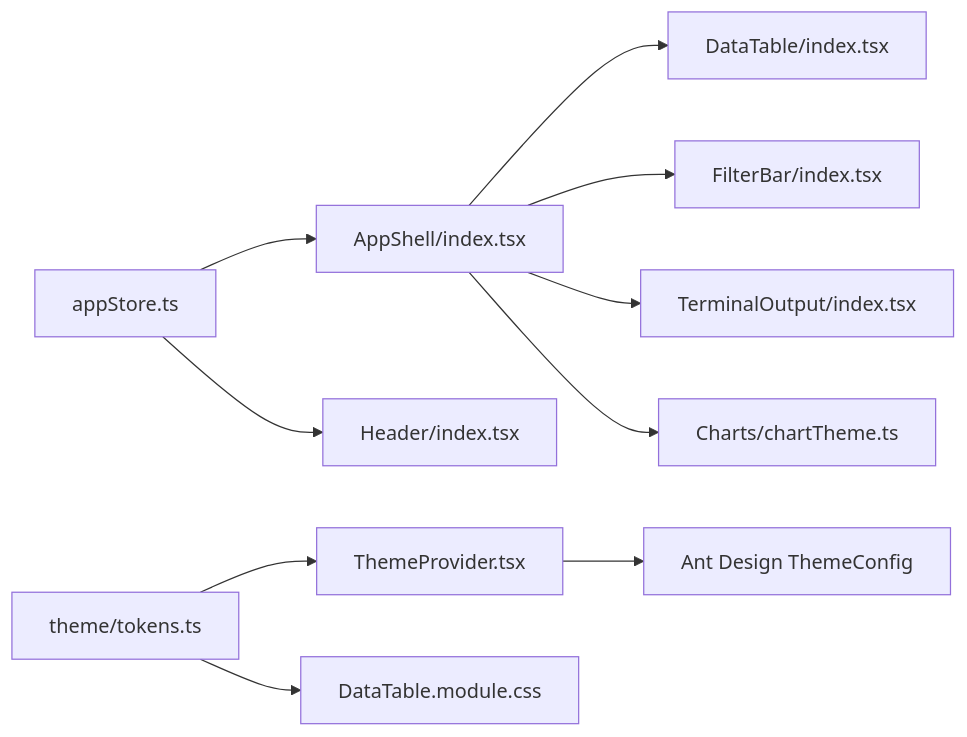
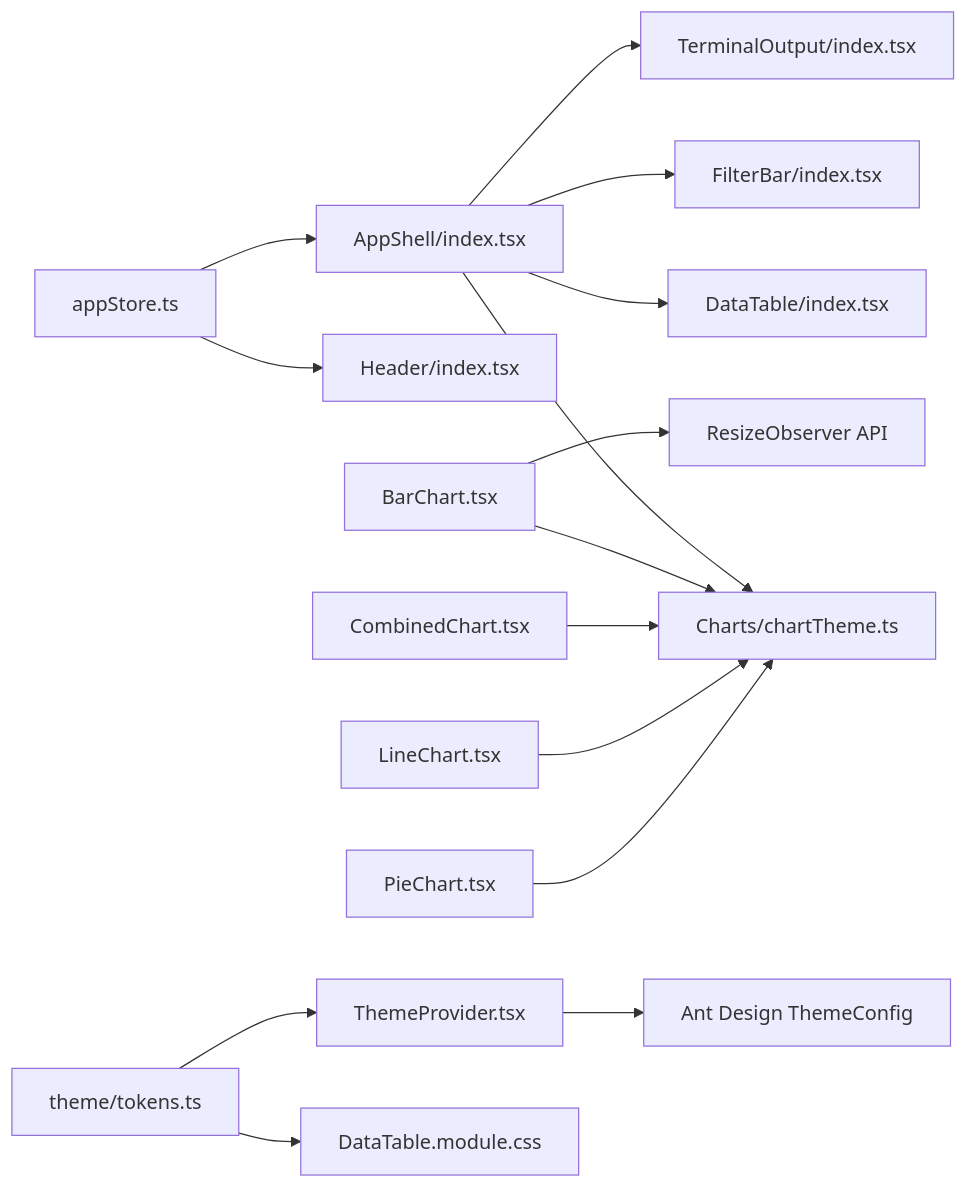
Before and after one commit to bixinhaner/xomc: the fifth of 5 diagrams in .qoder/repowiki/zh/content/前端开发/UI组件系统.md, drawn with Mermaid. The commit also changed other lines of this file and 4 other files, not shown here.

````diff
--- a/.qoder/repowiki/zh/content/前端开发/UI组件系统.md
+++ b/.qoder/repowiki/zh/content/前端开发/UI组件系统.md
@@ -246,12 +319,17 @@
 ```mermaid
 graph LR
 Store["appStore.ts"] --> Shell["AppShell/index.tsx"]
 Store --> Header["Header/index.tsx"]
 Shell --> DT["DataTable/index.tsx"]
 Shell --> FB["FilterBar/index.tsx"]
 Shell --> Term["TerminalOutput/index.tsx"]
 Shell --> Chart["Charts/chartTheme.ts"]
+BarChart["BarChart.tsx"] --> Chart
+BarChart --> ResizeObserver["ResizeObserver API"]
+CombinedChart["CombinedChart.tsx"] --> Chart
+LineChart["LineChart.tsx"] --> Chart
+PieChart["PieChart.tsx"] --> Chart
 Provider["ThemeProvider.tsx"] --> AntD["Ant Design ThemeConfig"]
 Tokens["theme/tokens.ts"] --> Provider
 Tokens --> CSS["DataTable.module.css"]
 ```
````
